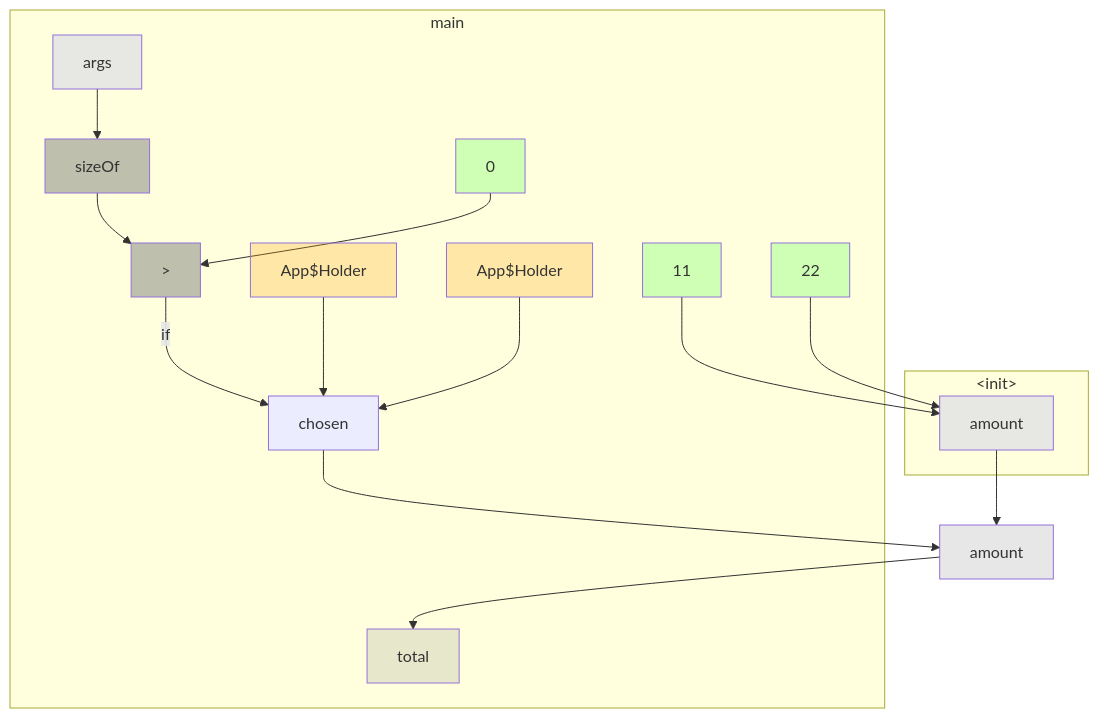
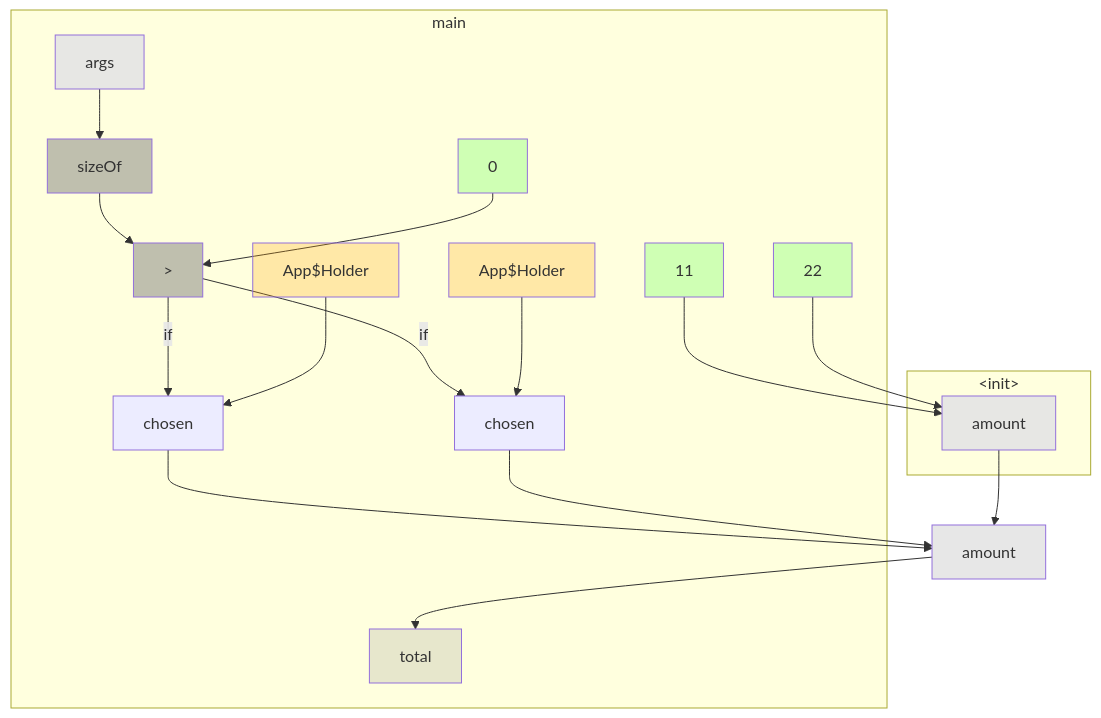
The diagram in app/src/test/resources/aliasBranch/spike-truth.md (gstiebler/codeflow), drawn with Mermaid before and after one commit. The commit also changed 46 other files, not shown here.

````diff
--- a/app/src/test/resources/aliasBranch/spike-truth.md
+++ b/app/src/test/resources/aliasBranch/spike-truth.md
@@ -3,37 +3,40 @@
 ```mermaid
 flowchart TD
   subgraph m0["#lt;init#gt;"]
     n0["amount"]:::FUNC_PARAM
   end
   subgraph m1["main"]
     n1["#gt;"]:::BIN_OP
     n2["sizeOf"]:::BIN_OP
     n3["App$Holder"]:::EXTERNAL
     n4["App$Holder"]:::EXTERNAL
     n5["args"]:::FUNC_PARAM
     n6["0"]:::LITERAL
     n7["11"]:::LITERAL
     n8["22"]:::LITERAL
     n9["chosen"]:::OBJ_VARIABLE
-    n10["total"]:::VARIABLE
+    n10["chosen"]:::OBJ_VARIABLE
+    n11["total"]:::VARIABLE
   end
-  n11["amount"]:::VARIABLE
-  n0 --> n11
+  n12["amount"]:::VARIABLE
+  n0 --> n12
+  n1 -->|if| n10
   n1 -->|if| n9
-  n11 --> n10
+  n10 --> n12
+  n12 --> n11
   n2 --> n1
   n3 --> n9
-  n4 --> n9
+  n4 --> n10
   n5 --> n2
   n6 --> n1
   n7 --> n0
   n8 --> n0
-  n9 --> n11
+  n9 --> n12
   classDef LITERAL fill:#00FF0030
   classDef VARIABLE fill:#80808030
   classDef BIN_OP fill:#80808080
   classDef FUNC_PARAM fill:#8080FF30
   classDef RETURN fill:#FF808080
   classDef EXTERNAL fill:#FFA50040
   classDef UNMODELLED fill:#FF000030,stroke-dasharray: 4 2
 ```
````
